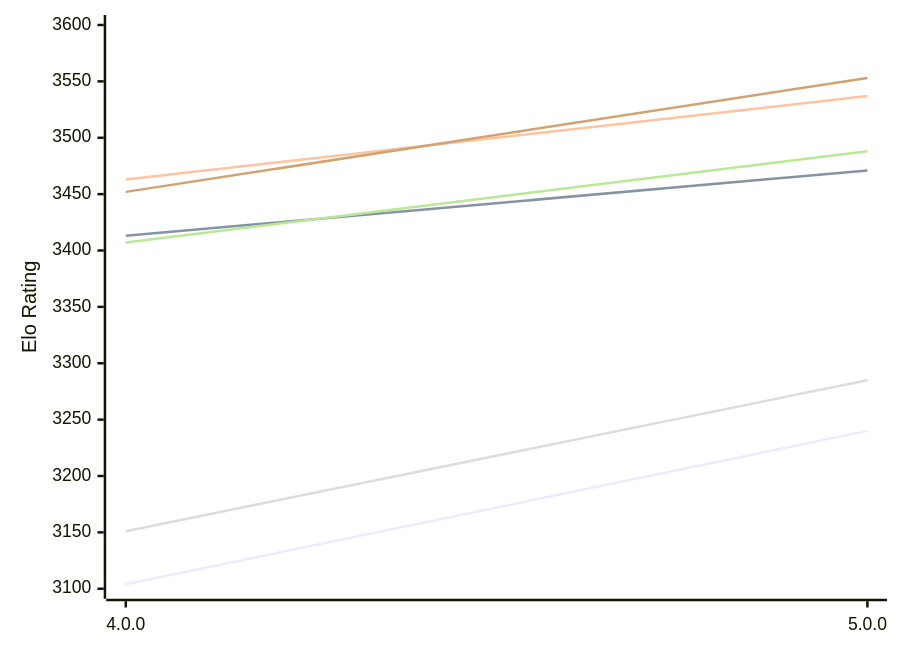
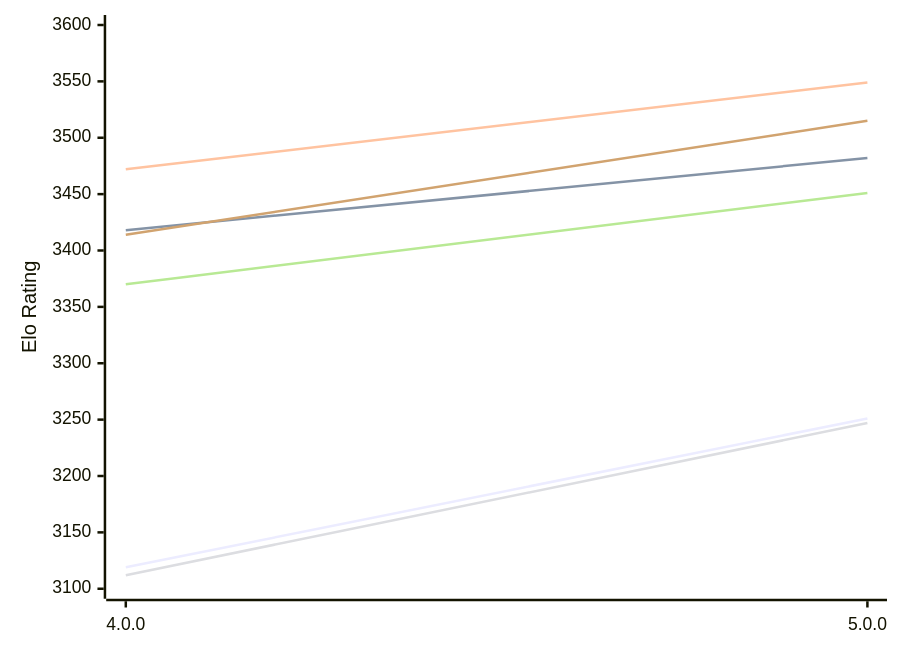
The first of 2 diagrams in engines/Avalanche.md (computer-chess-index/cci), drawn with Mermaid before and after one commit. The commit also changed other lines of this file, not shown here.

Commit message:
Update CCI Ratings (ELO VLTC) - 2026-11-14

````diff
--- a/engines/Avalanche.md
+++ b/engines/Avalanche.md
@@ -50,12 +50,12 @@
 ```mermaid
 %%{init: {"theme":"base","themeVariables":{"seriesColors:['#a3a3a3','#222221','#faa371']}}}%%
 xychart-beta
   x-axis ["4.0.0", "5.0.0"]
   y-axis "Elo Rating" 3100 --> 3600
-  line "E1: STC (8.0+0.08s)" [3104, 3240]
-  line "E1: LTC (60.0+0.60s)" [3413, 3471]
-  line "E1: VLTC (2m24s+1.12s)" [3463, 3537]
-  line "P1: STC (8.0+0.08s)" [3151, 3285]
-  line "P1: LTC (60.0+0.60s)" [3407, 3488]
-  line "P1: VLTC (2m24s+1.12s)" [3452, 3553]
+  line "E1: STC (8.0+0.08s)" [3119, 3251]
+  line "E1: LTC (60.0+0.60s)" [3418, 3482]
+  line "E1: VLTC (2m24s+1.12s)" [3472, 3549]
+  line "P1: STC (8.0+0.08s)" [3112, 3247]
+  line "P1: LTC (60.0+0.60s)" [3370, 3451]
+  line "P1: VLTC (2m24s+1.12s)" [3414, 3515]
 ```
````
